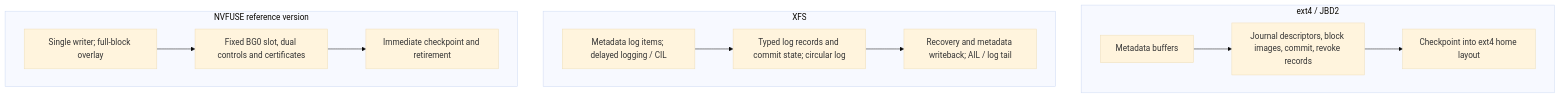
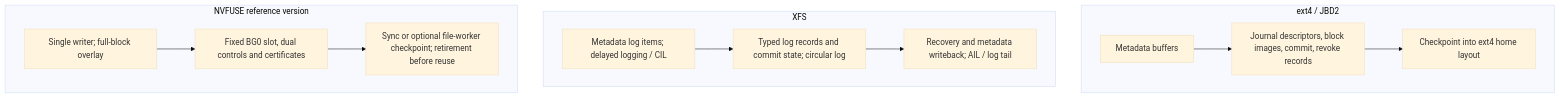
The sixth of 6 diagrams in docs/metadata-journaling-design.md (nvfuse/nvfuse), drawn with Mermaid (base theme) before and after one commit. The commit also changed other lines of this file and 3 other files, not shown here.

Commit message:
Record roadmap soak evidence and reconcile current API contracts

````diff
--- a/docs/metadata-journaling-design.md
+++ b/docs/metadata-journaling-design.md
@@ -143,15 +153,15 @@
 ```mermaid
 flowchart TB
     subgraph EXT["ext4 / JBD2"]
         direction LR
         E1["Metadata buffers"] --> E2["Journal descriptors, block images, commit, revoke records"] --> E3["Checkpoint into ext4 home layout"]
     end
     subgraph XFS["XFS"]
         direction LR
         X1["Metadata log items; delayed logging / CIL"] --> X2["Typed log records and commit state; circular log"] --> X3["Recovery and metadata writeback; AIL / log tail"]
     end
     subgraph NV["NVFUSE reference version"]
         direction LR
-        N1["Single writer; full-block overlay"] --> N2["Fixed BG0 slot, dual controls and certificates"] --> N3["Immediate checkpoint and retirement"]
+        N1["Single writer; full-block overlay"] --> N2["Fixed BG0 slot, dual controls and certificates"] --> N3["Sync or optional file-worker checkpoint; retirement before reuse"]
     end
 ```
````
